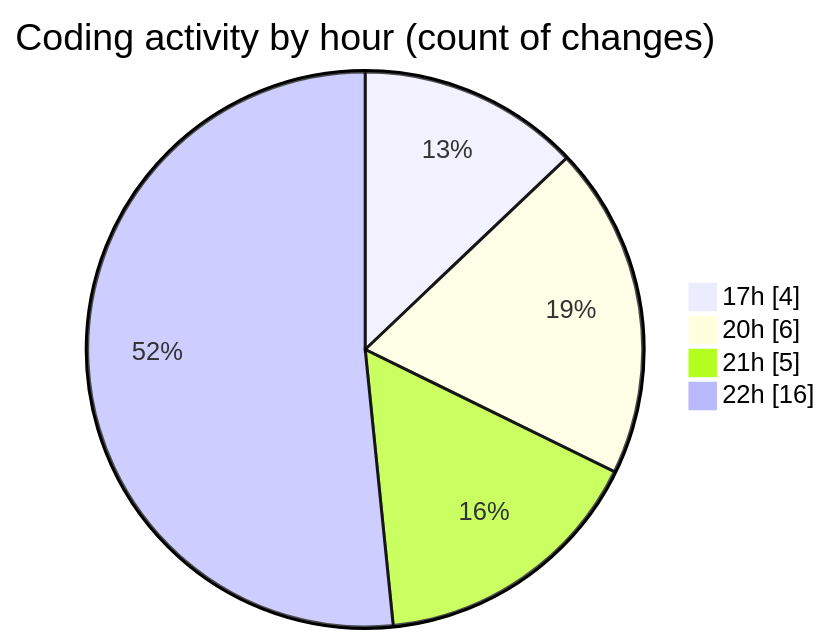
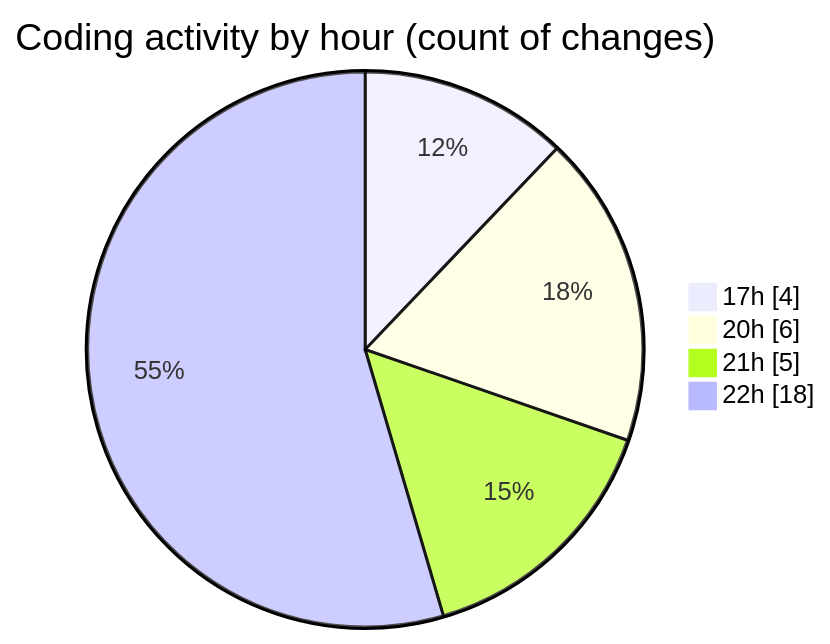
Before and after one commit to idhammustaqopulfikri/code-tracking: the second of 2 diagrams in 2025-05-16/booking/README.md, drawn with Mermaid. The commit also changed other lines of this file and 1 other file, not shown here.

````diff
--- a/2025-05-16/booking/README.md
+++ b/2025-05-16/booking/README.md
@@ -44,8 +45,8 @@
 ```mermaid
 pie showData
 title Coding activity by hour (count of changes)
 "17h" : 4
 "20h" : 6
 "21h" : 5
-"22h" : 16
+"22h" : 18
 ```
````
